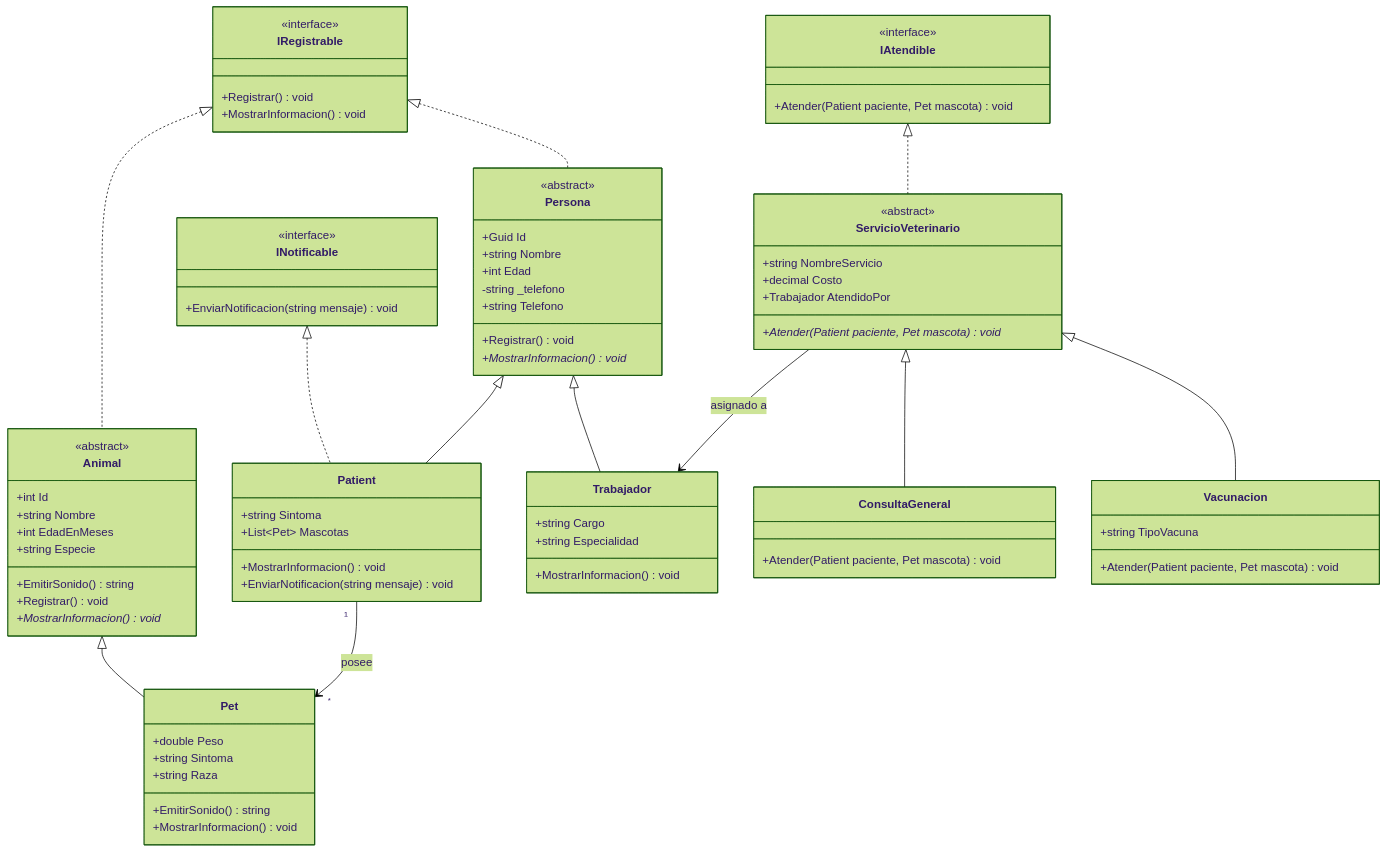
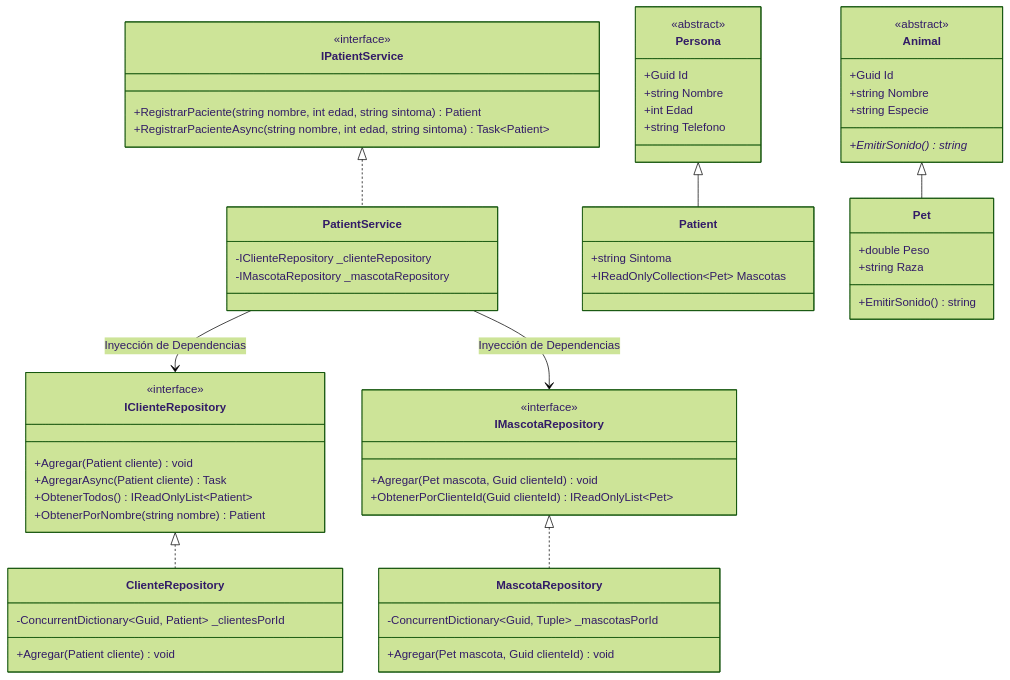
One commit to Esthercita-Factory/artyomalvarez-VeterinaryClinicSystem changed the diagram in README.md. Above: the diagram before and after it, drawn with Mermaid (forest theme). The commit also changed 17 other files, not shown here.

````diff
--- a/README.md
+++ b/README.md
@@ -6,19 +6,38 @@
 ```mermaid
 classDiagram
-    class IRegistrable {
+    class IClienteRepository {
         <<interface>>
-        +Registrar() void
-        +MostrarInformacion() void
+        +Agregar(Patient cliente) void
+        +AgregarAsync(Patient cliente) Task
+        +ObtenerTodos() IReadOnlyList~Patient~
+        +ObtenerPorNombre(string nombre) Patient
     }
 
-    class INotificable {
+    class IMascotaRepository {
         <<interface>>
-        +EnviarNotificacion(string mensaje) void
+        +Agregar(Pet mascota, Guid clienteId) void
+        +ObtenerPorClienteId(Guid clienteId) IReadOnlyList~Pet~
     }
 
-    class IAtendible {
+    class ClienteRepository {
+        -ConcurrentDictionary~Guid, Patient~ _clientesPorId
+        +Agregar(Patient cliente) void
+    }
+
+    class MascotaRepository {
+        -ConcurrentDictionary~Guid, Tuple~ _mascotasPorId
+        +Agregar(Pet mascota, Guid clienteId) void
+    }
+
+    class IPatientService {
         <<interface>>
-        +Atender(Patient paciente, Pet mascota) void
+        +RegistrarPaciente(string nombre, int edad, string sintoma) Patient
+        +RegistrarPacienteAsync(string nombre, int edad, string sintoma) Task~Patient~
+    }
+
+    class PatientService {
+        -IClienteRepository _clienteRepository
+        -IMascotaRepository _mascotaRepository
     }
 
     class Persona {
@@ -26,70 +45,33 @@
         +Guid Id
         +string Nombre
         +int Edad
-        -string _telefono
         +string Telefono
-        +Registrar() void
-        +MostrarInformacion()* void
     }
 
     class Animal {
         <<abstract>>
-        +int Id
+        +Guid Id
         +string Nombre
-        +int EdadEnMeses
         +string Especie
-        +EmitirSonido() string
-        +Registrar() void
-        +MostrarInformacion()* void
+        +EmitirSonido()* string
     }
 
     class Patient {
         +string Sintoma
-        +List~Pet~ Mascotas
-        +MostrarInformacion() void
-        +EnviarNotificacion(string mensaje) void
-    }
-
-    class Trabajador {
-        +string Cargo
-        +string Especialidad
-        +MostrarInformacion() void
+        +IReadOnlyCollection~Pet~ Mascotas
     }
 
     class Pet {
         +double Peso
-        +string Sintoma
         +string Raza
         +EmitirSonido() string
-        +MostrarInformacion() void
     }
 
-    class ServicioVeterinario {
-        <<abstract>>
-        +string NombreServicio
-        +decimal Costo
-        +Trabajador AtendidoPor
-        +Atender(Patient paciente, Pet mascota)* void
-    }
-
-    class ConsultaGeneral {
-        +Atender(Patient paciente, Pet mascota) void
-    }
-
-    class Vacunacion {
-        +string TipoVacuna
-        +Atender(Patient paciente, Pet mascota) void
-    }
-
-    IRegistrable <|.. Persona
-    IRegistrable <|.. Animal
-    INotificable <|.. Patient
-    IAtendible <|.. ServicioVeterinario
+    IClienteRepository <|.. ClienteRepository
+    IMascotaRepository <|.. MascotaRepository
+    IPatientService <|.. PatientService
+    PatientService --> IClienteRepository : Inyección de Dependencias
+    PatientService --> IMascotaRepository : Inyección de Dependencias
     Persona <|-- Patient
-    Persona <|-- Trabajador
     Animal <|-- Pet
-    Patient "1" --> "*" Pet : posee
-    ServicioVeterinario <|-- ConsultaGeneral
-    ServicioVeterinario <|-- Vacunacion
-    ServicioVeterinario --> Trabajador : asignado a
 ```
````
